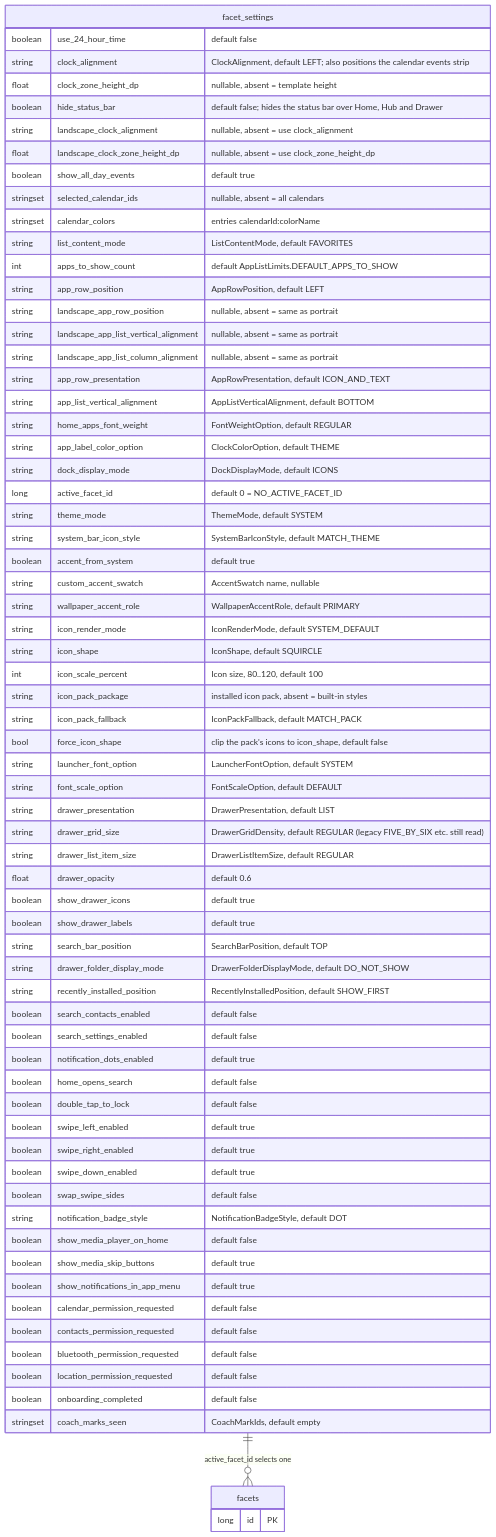
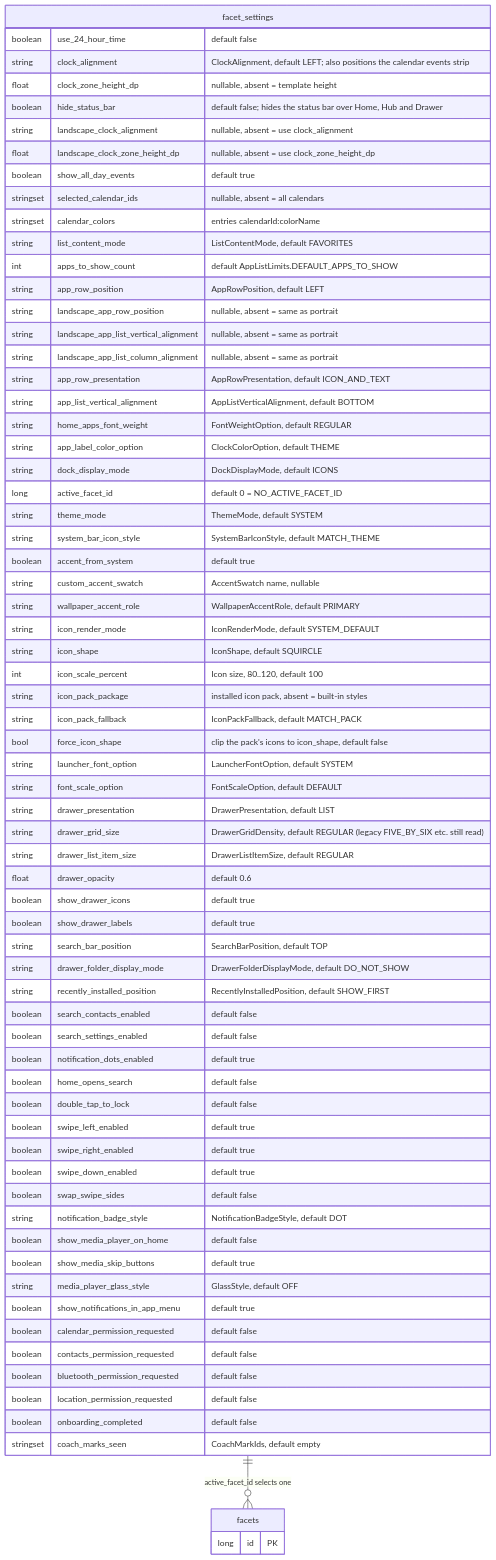
The third of 3 diagrams in docs/architecture/02-persistence-room.md (rohitganjam/facet-launcher), drawn with Mermaid before and after one commit. The commit also changed other lines of this file and 57 other files, not shown here.

````diff
--- a/docs/architecture/02-persistence-room.md
+++ b/docs/architecture/02-persistence-room.md
@@ -417,73 +420,74 @@
 ```mermaid
 erDiagram
     facet_settings {
         boolean use_24_hour_time "default false"
         string clock_alignment "ClockAlignment, default LEFT; also positions the calendar events strip"
         float clock_zone_height_dp "nullable, absent = template height"
         boolean hide_status_bar "default false; hides the status bar over Home, Hub and Drawer"
         string landscape_clock_alignment "nullable, absent = use clock_alignment"
         float landscape_clock_zone_height_dp "nullable, absent = use clock_zone_height_dp"
         boolean show_all_day_events "default true"
         stringset selected_calendar_ids "nullable, absent = all calendars"
         stringset calendar_colors "entries calendarId:colorName"
         string list_content_mode "ListContentMode, default FAVORITES"
         int apps_to_show_count "default AppListLimits.DEFAULT_APPS_TO_SHOW"
         string app_row_position "AppRowPosition, default LEFT"
         string landscape_app_row_position "nullable, absent = same as portrait"
         string landscape_app_list_vertical_alignment "nullable, absent = same as portrait"
         string landscape_app_list_column_alignment "nullable, absent = same as portrait"
         string app_row_presentation "AppRowPresentation, default ICON_AND_TEXT"
         string app_list_vertical_alignment "AppListVerticalAlignment, default BOTTOM"
         string home_apps_font_weight "FontWeightOption, default REGULAR"
         string app_label_color_option "ClockColorOption, default THEME"
         string dock_display_mode "DockDisplayMode, default ICONS"
         long active_facet_id "default 0 = NO_ACTIVE_FACET_ID"
         string theme_mode "ThemeMode, default SYSTEM"
         string system_bar_icon_style "SystemBarIconStyle, default MATCH_THEME"
         boolean accent_from_system "default true"
         string custom_accent_swatch "AccentSwatch name, nullable"
         string wallpaper_accent_role "WallpaperAccentRole, default PRIMARY"
         string icon_render_mode "IconRenderMode, default SYSTEM_DEFAULT"
         string icon_shape "IconShape, default SQUIRCLE"
         int icon_scale_percent "Icon size, 80..120, default 100"
         string icon_pack_package "installed icon pack, absent = built-in styles"
         string icon_pack_fallback "IconPackFallback, default MATCH_PACK"
         bool force_icon_shape "clip the pack's icons to icon_shape, default false"
         string launcher_font_option "LauncherFontOption, default SYSTEM"
         string font_scale_option "FontScaleOption, default DEFAULT"
         string drawer_presentation "DrawerPresentation, default LIST"
         string drawer_grid_size "DrawerGridDensity, default REGULAR (legacy FIVE_BY_SIX etc. still read)"
         string drawer_list_item_size "DrawerListItemSize, default REGULAR"
         float drawer_opacity "default 0.6"
         boolean show_drawer_icons "default true"
         boolean show_drawer_labels "default true"
         string search_bar_position "SearchBarPosition, default TOP"
         string drawer_folder_display_mode "DrawerFolderDisplayMode, default DO_NOT_SHOW"
         string recently_installed_position "RecentlyInstalledPosition, default SHOW_FIRST"
         boolean search_contacts_enabled "default false"
         boolean search_settings_enabled "default false"
         boolean notification_dots_enabled "default true"
         boolean home_opens_search "default false"
         boolean double_tap_to_lock "default false"
         boolean swipe_left_enabled "default true"
         boolean swipe_right_enabled "default true"
         boolean swipe_down_enabled "default true"
         boolean swap_swipe_sides "default false"
         string notification_badge_style "NotificationBadgeStyle, default DOT"
         boolean show_media_player_on_home "default false"
         boolean show_media_skip_buttons "default true"
+        string media_player_glass_style "GlassStyle, default OFF"
         boolean show_notifications_in_app_menu "default true"
         boolean calendar_permission_requested "default false"
         boolean contacts_permission_requested "default false"
         boolean bluetooth_permission_requested "default false"
         boolean location_permission_requested "default false"
         boolean onboarding_completed "default false"
         stringset coach_marks_seen "CoachMarkIds, default empty"
     }
 
     facets {
         long id PK
     }
 
     facet_settings ||--o{ facets : "active_facet_id selects one"
 ```
````
